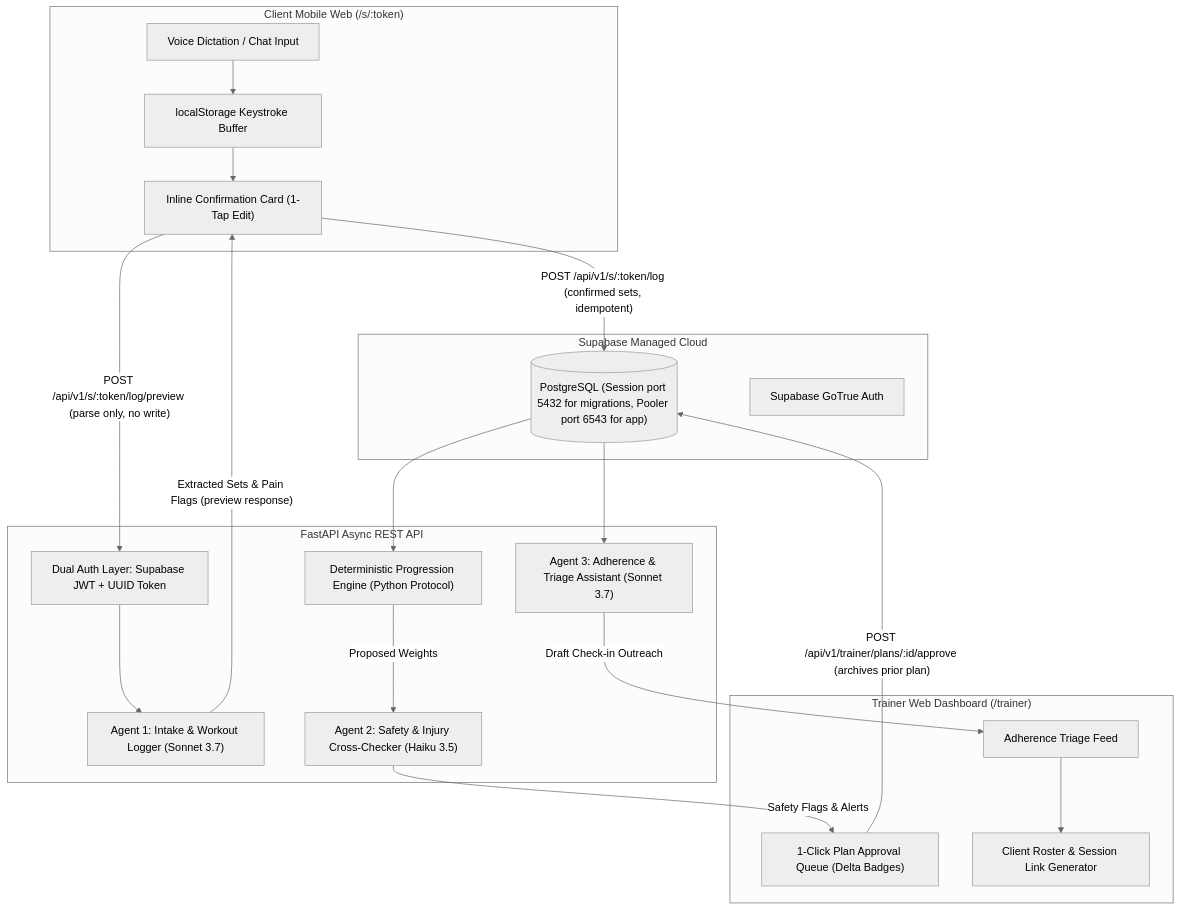
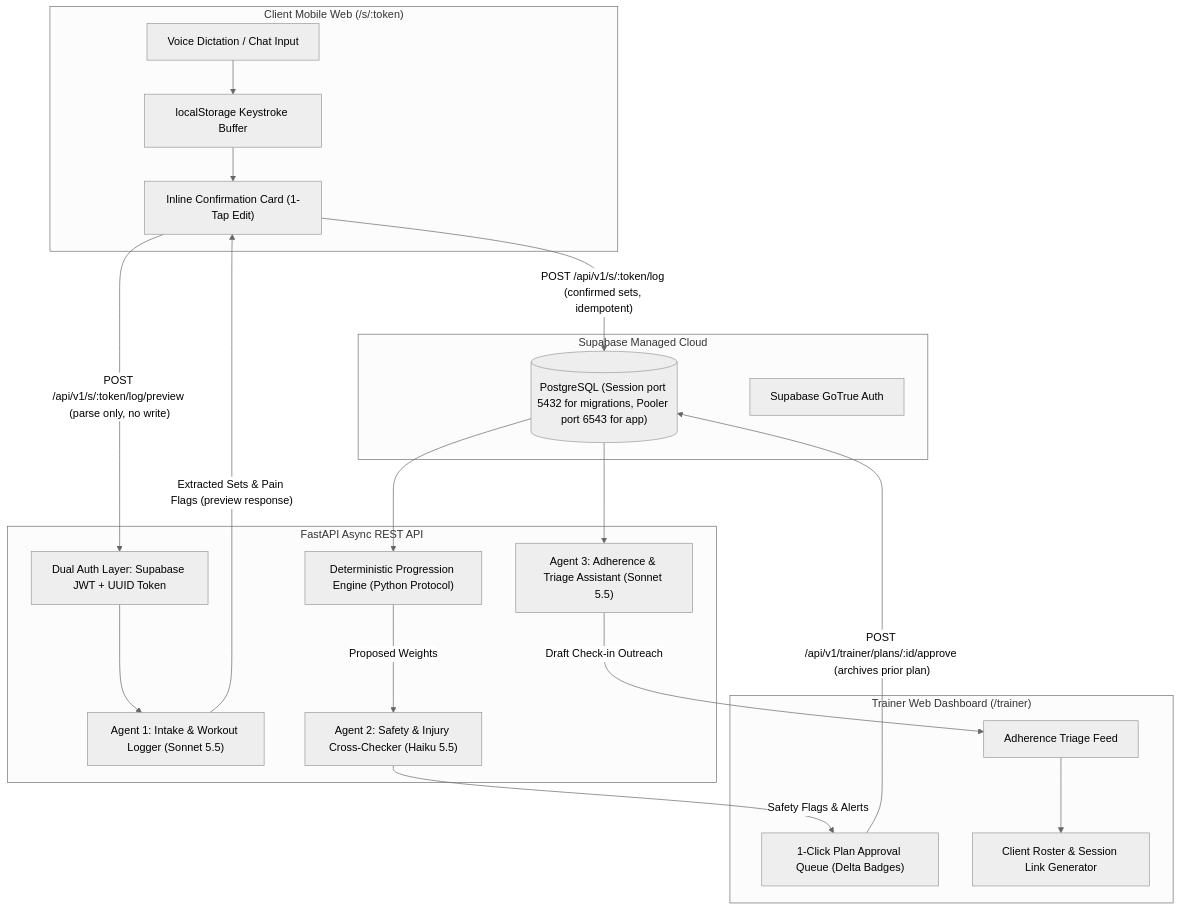
Before and after one commit to justin-day-pursuit/trainer-agent-app: the first of 2 diagrams in documents/09-implementation-plan.md, drawn with Mermaid (neutral theme). The commit also changed other lines of this file and 16 other files, not shown here.

Commit message:
docs(models): update model versions to Claude Sonnet 5.5 and Claude Haiku 5.5

````diff
--- a/documents/09-implementation-plan.md
+++ b/documents/09-implementation-plan.md
@@ -42,38 +42,38 @@
 ```mermaid
 flowchart TD
     subgraph ClientMobile ["Client Mobile Web (/s/:token)"]
         A["Voice Dictation / Chat Input"] --> B["localStorage Keystroke Buffer"]
         B --> C["Inline Confirmation Card (1-Tap Edit)"]
     end
 
     subgraph BackendAPI ["FastAPI Async REST API"]
         D["Dual Auth Layer: Supabase JWT + UUID Token"]
-        E["Agent 1: Intake & Workout Logger (Sonnet 3.7)"]
+        E["Agent 1: Intake & Workout Logger (Sonnet 5.5)"]
         F["Deterministic Progression Engine (Python Protocol)"]
-        G["Agent 2: Safety & Injury Cross-Checker (Haiku 3.5)"]
-        H["Agent 3: Adherence & Triage Assistant (Sonnet 3.7)"]
+        G["Agent 2: Safety & Injury Cross-Checker (Haiku 5.5)"]
+        H["Agent 3: Adherence & Triage Assistant (Sonnet 5.5)"]
     end
 
     subgraph DataStore ["Supabase Managed Cloud"]
         I[("PostgreSQL (Session port 5432 for migrations, Pooler port 6543 for app)")]
         J["Supabase GoTrue Auth"]
     end
 
     subgraph TrainerPortal ["Trainer Web Dashboard (/trainer)"]
         K["Adherence Triage Feed"]
         L["1-Click Plan Approval Queue (Delta Badges)"]
         M["Client Roster & Session Link Generator"]
     end
 
     C -->|"POST /api/v1/s/:token/log/preview (parse only, no write)"| D
     D --> E
     E -->|"Extracted Sets & Pain Flags (preview response)"| C
     C -->|"POST /api/v1/s/:token/log (confirmed sets, idempotent)"| I
     I --> F
     F -->|Proposed Weights| G
     G -->|Safety Flags & Alerts| L
     L -->|"POST /api/v1/trainer/plans/:id/approve (archives prior plan)"| I
     I --> H
     H -->|Draft Check-in Outreach| K
     K --> M
 ```
````
